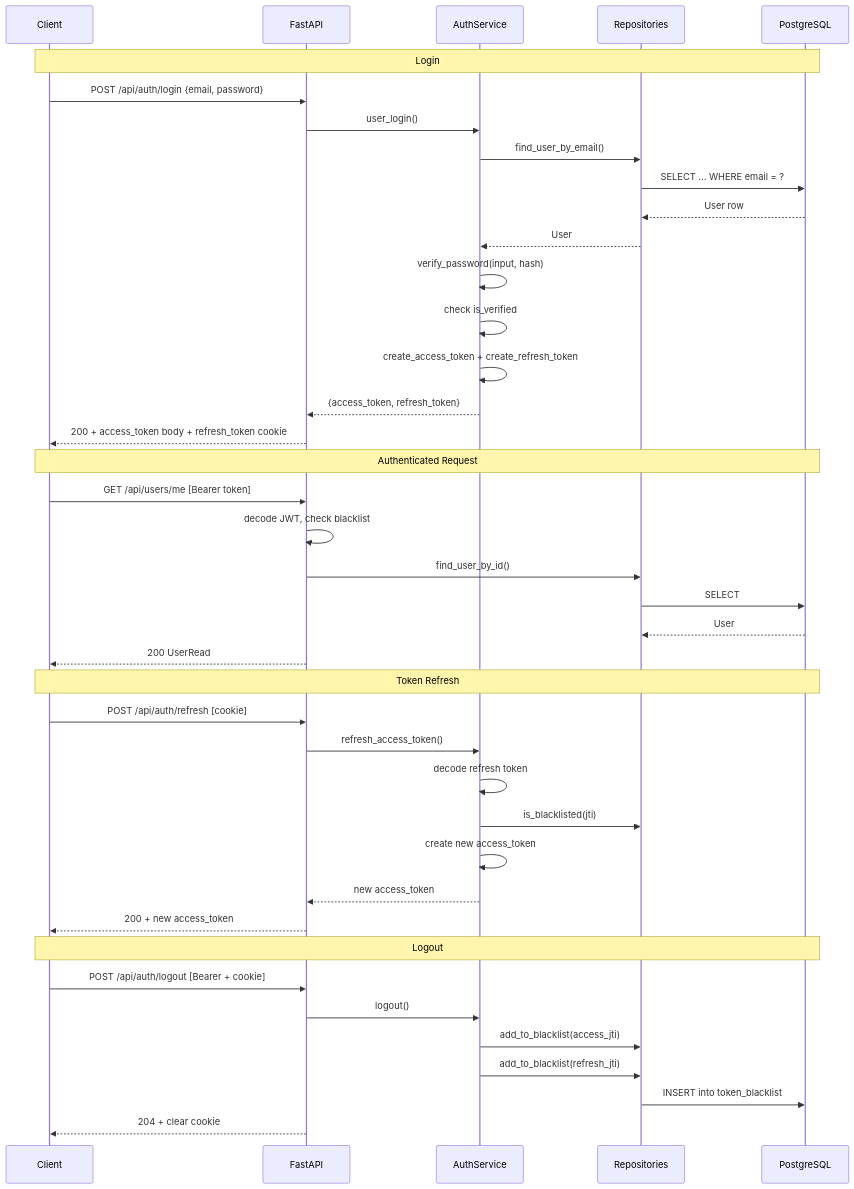
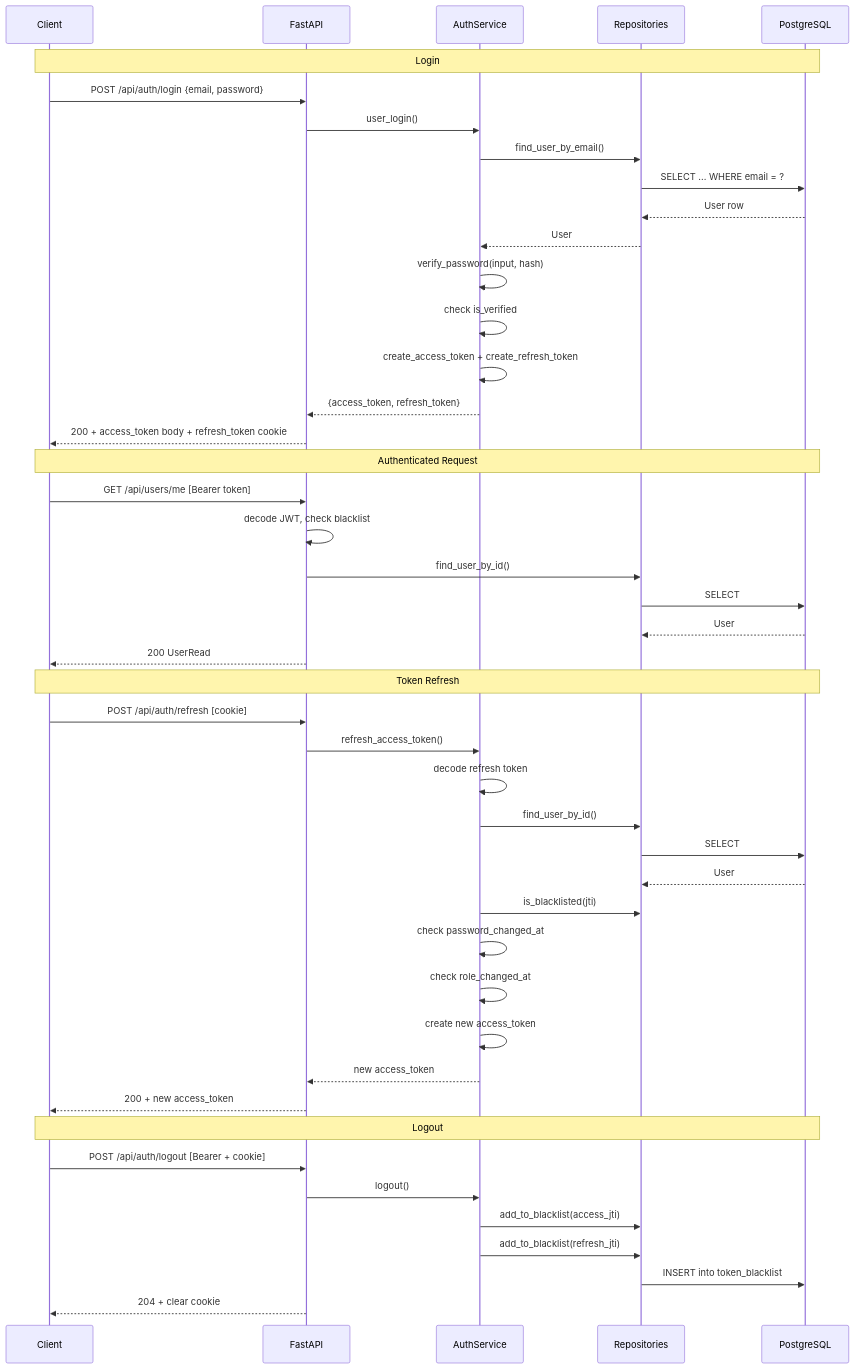
One commit to waelswaid/auth-system changed the fourth of 7 diagrams in docs/architecture-diagrams.md. Above: the diagram before and after it, drawn with Mermaid. The commit also changed other lines of this file, not shown here.

Commit message:
diagrams corrected

````diff
--- a/docs/architecture-diagrams.md
+++ b/docs/architecture-diagrams.md
@@ -157,46 +157,51 @@
 ```mermaid
 sequenceDiagram
     participant C as Client
     participant A as FastAPI
     participant S as AuthService
     participant R as Repositories
     participant DB as PostgreSQL
 
     Note over C,DB: Login
     C->>A: POST /api/auth/login {email, password}
     A->>S: user_login()
     S->>R: find_user_by_email()
     R->>DB: SELECT ... WHERE email = ?
     DB-->>R: User row
     R-->>S: User
     S->>S: verify_password(input, hash)
     S->>S: check is_verified
     S->>S: create_access_token + create_refresh_token
     S-->>A: {access_token, refresh_token}
     A-->>C: 200 + access_token body + refresh_token cookie
 
     Note over C,DB: Authenticated Request
     C->>A: GET /api/users/me [Bearer token]
     A->>A: decode JWT, check blacklist
     A->>R: find_user_by_id()
     R->>DB: SELECT
     DB-->>R: User
     A-->>C: 200 UserRead
 
     Note over C,DB: Token Refresh
     C->>A: POST /api/auth/refresh [cookie]
     A->>S: refresh_access_token()
     S->>S: decode refresh token
+    S->>R: find_user_by_id()
+    R->>DB: SELECT
+    DB-->>R: User
     S->>R: is_blacklisted(jti)
+    S->>S: check password_changed_at
+    S->>S: check role_changed_at
     S->>S: create new access_token
     S-->>A: new access_token
     A-->>C: 200 + new access_token
 
     Note over C,DB: Logout
     C->>A: POST /api/auth/logout [Bearer + cookie]
     A->>S: logout()
     S->>R: add_to_blacklist(access_jti)
     S->>R: add_to_blacklist(refresh_jti)
     R->>DB: INSERT into token_blacklist
     A-->>C: 204 + clear cookie
 ```
````
